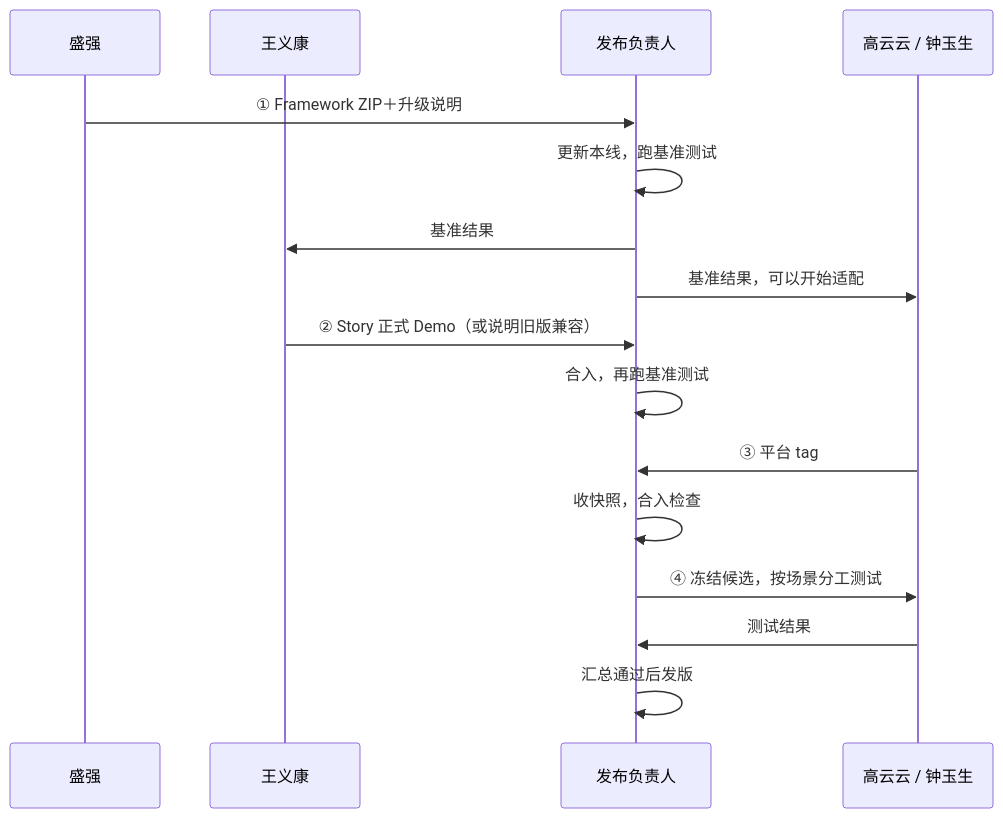
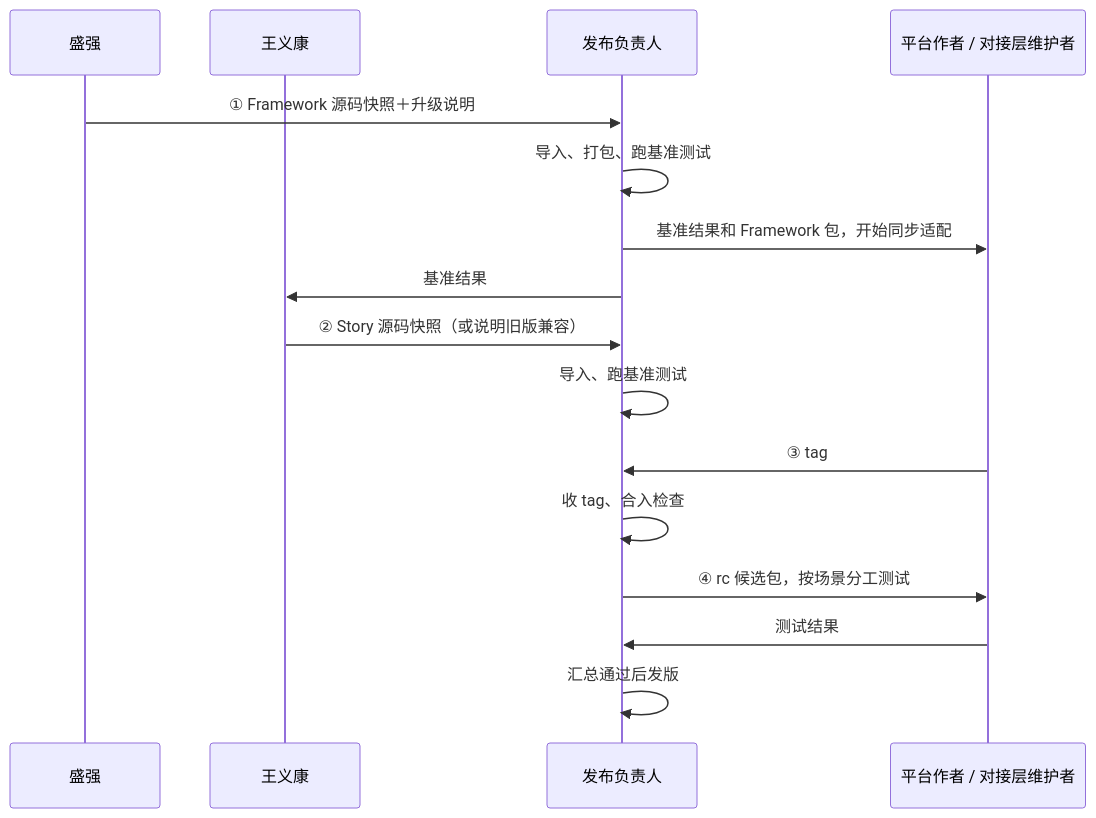
Before and after one commit to sqsqsq/SimulatedWalletForHmos: the second of 3 diagrams in doc/project/2026-10-20-Maison共建讨论/08-Maison共建方案：谁做什么、东西怎么流转、怎么发版.md, drawn with Mermaid. The commit also changed other lines of this file and 2 other files, not shown here.

````diff
--- a/doc/project/2026-10-20-Maison共建讨论/08-Maison共建方案：谁做什么、东西怎么流转、怎么发版.md
+++ b/doc/project/2026-10-20-Maison共建讨论/08-Maison共建方案：谁做什么、东西怎么流转、怎么发版.md
@@ -138,18 +261,18 @@
 ```mermaid
 sequenceDiagram
     participant 盛强
     participant 王义康
     participant 发布负责人
-    participant 平台作者 as 高云云 / 钟玉生
-    盛强->>发布负责人: ① Framework ZIP＋升级说明
-    发布负责人->>发布负责人: 更新本线，跑基准测试
+    participant 部件作者 as 平台作者 / 对接层维护者
+    盛强->>发布负责人: ① Framework 源码快照＋升级说明
+    发布负责人->>发布负责人: 导入、打包、跑基准测试
+    发布负责人->>部件作者: 基准结果和 Framework 包，开始同步适配
     发布负责人->>王义康: 基准结果
-    发布负责人->>平台作者: 基准结果，可以开始适配
-    王义康->>发布负责人: ② Story 正式 Demo（或说明旧版兼容）
-    发布负责人->>发布负责人: 合入，再跑基准测试
-    平台作者->>发布负责人: ③ 平台 tag
-    发布负责人->>发布负责人: 收快照，合入检查
-    发布负责人->>平台作者: ④ 冻结候选，按场景分工测试
-    平台作者->>发布负责人: 测试结果
+    王义康->>发布负责人: ② Story 源码快照（或说明旧版兼容）
+    发布负责人->>发布负责人: 导入、跑基准测试
+    部件作者->>发布负责人: ③ tag
+    发布负责人->>发布负责人: 收 tag、合入检查
+    发布负责人->>部件作者: ④ rc 候选包，按场景分工测试
+    部件作者->>发布负责人: 测试结果
     发布负责人->>发布负责人: 汇总通过后发版
 ```
````
